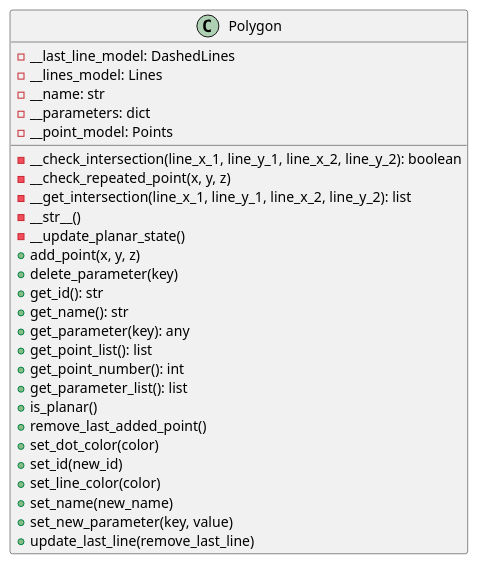
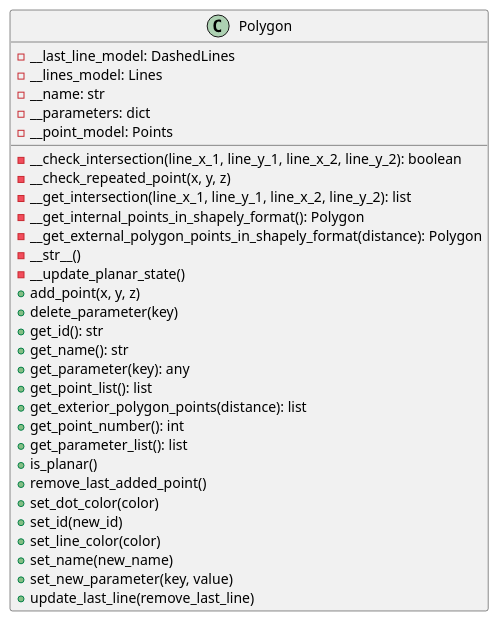
Before and after one commit to ferpoble2/Relief_Creator: the diagram in docs/classes/Polygon.puml, drawn with PlantUML.

Commit message:
Updated polygon method

```diff
--- a/docs/classes/Polygon.puml
+++ b/docs/classes/Polygon.puml
@@ -1,33 +1,36 @@
 @startuml
                 class Polygon {
                     - __last_line_model: DashedLines
                     - __lines_model: Lines
                     - __name: str
                     - __parameters: dict
                     - __point_model: Points
 
 
                     - __check_intersection(line_x_1, line_y_1, line_x_2, line_y_2): boolean
                     - __check_repeated_point(x, y, z)
                     - __get_intersection(line_x_1, line_y_1, line_x_2, line_y_2): list
+                    - __get_internal_points_in_shapely_format(): Polygon
+                    - __get_external_polygon_points_in_shapely_format(distance): Polygon
                     - __str__()
                     - __update_planar_state()
                     + add_point(x, y, z)
                     + delete_parameter(key)
                     + get_id(): str
                     + get_name(): str
                     + get_parameter(key): any
                     + get_point_list(): list
+                    + get_exterior_polygon_points(distance): list
                     + get_point_number(): int
                     + get_parameter_list(): list
                     + is_planar()
                     + remove_last_added_point()
                     + set_dot_color(color)
                     + set_id(new_id)
                     + set_line_color(color)
                     + set_name(new_name)
                     + set_new_parameter(key, value)
                     + update_last_line(remove_last_line)
                 }
 
 @enduml
```
